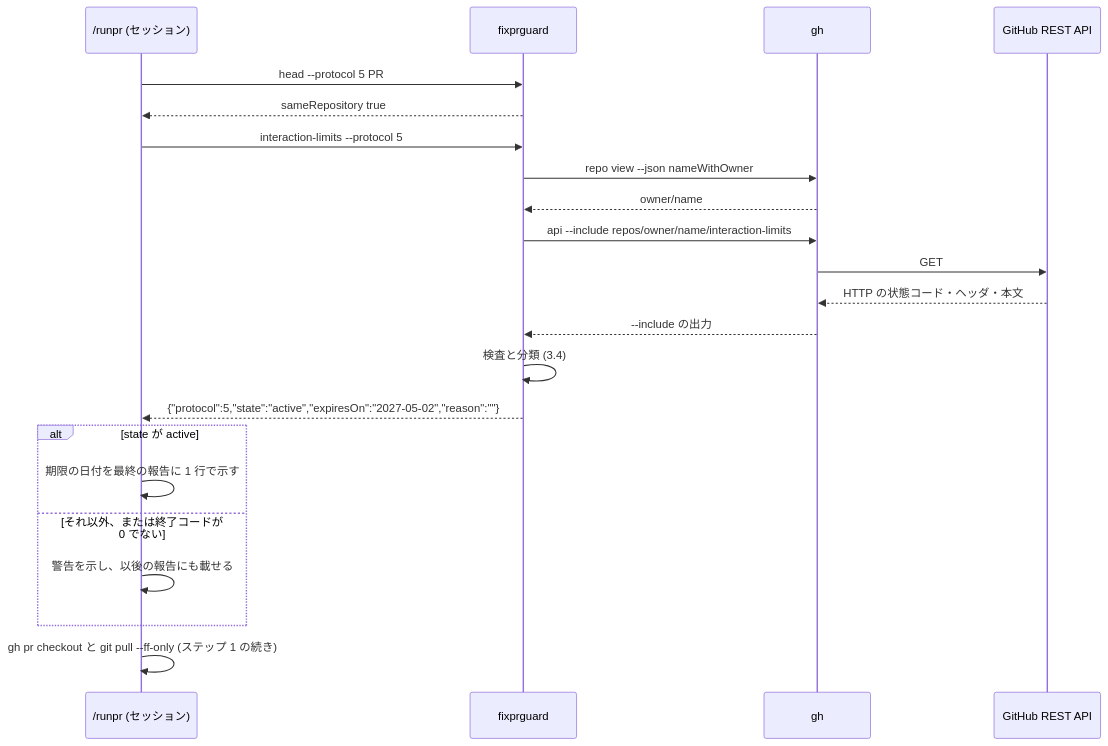
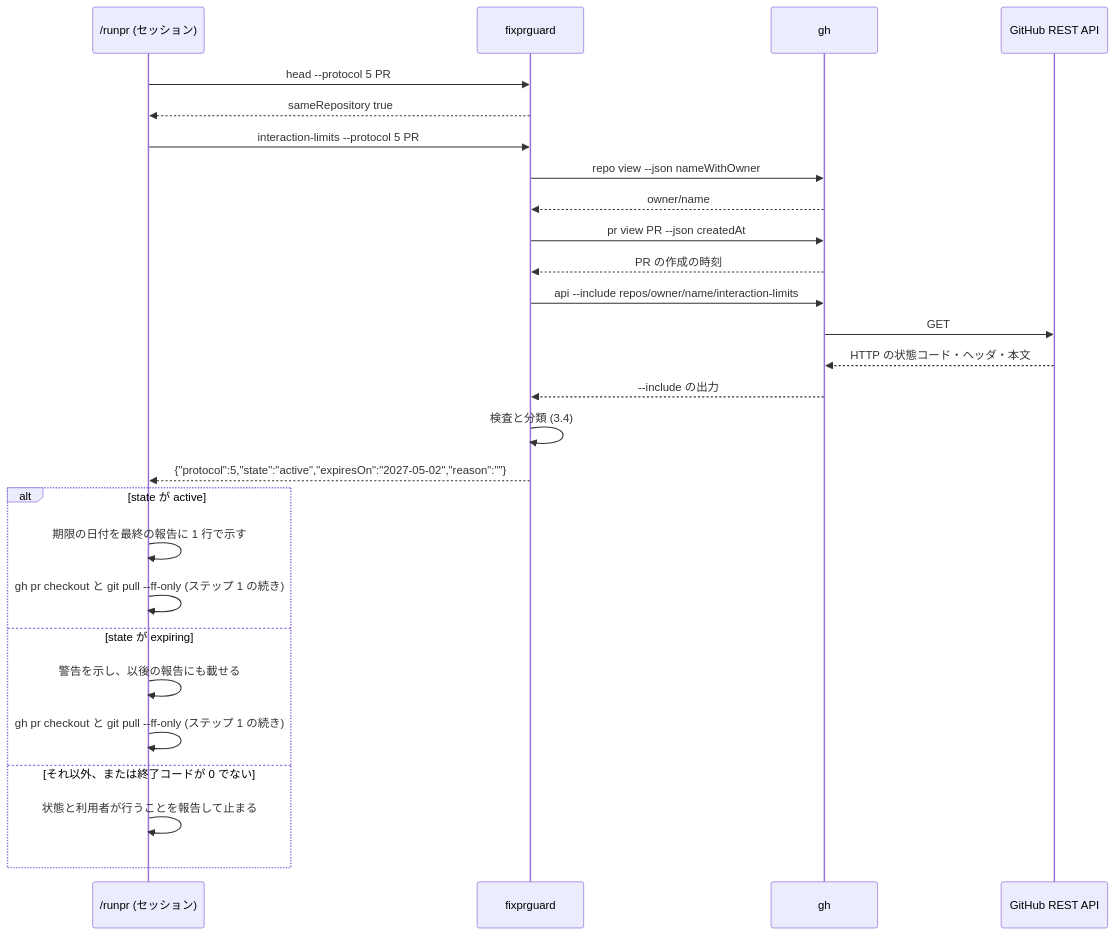
Before and after one commit to isseis/yt2column: the third of 5 diagrams in docs/tasks/0057_reviewer_relay_guard/02_architecture.md, drawn with Mermaid. The commit also changed other lines of this file and 1 other file, not shown here.

First line of the commit message:
docs(0057): stop /runpr when the interaction limit lapsed or the PR predates it

````diff
--- a/docs/tasks/0057_reviewer_relay_guard/02_architecture.md
+++ b/docs/tasks/0057_reviewer_relay_guard/02_architecture.md
@@ -241,25 +245,30 @@
 ```mermaid
 sequenceDiagram
     participant R as /runpr (セッション)
     participant F as fixprguard
     participant G as gh
     participant A as GitHub REST API
 
     R->>F: head --protocol 5 PR
     F-->>R: sameRepository true
-    R->>F: interaction-limits --protocol 5
+    R->>F: interaction-limits --protocol 5 PR
     F->>G: repo view --json nameWithOwner
     G-->>F: owner/name
+    F->>G: pr view PR --json createdAt
+    G-->>F: PR の作成の時刻
     F->>G: api --include repos/owner/name/interaction-limits
     G->>A: GET
     A-->>G: HTTP の状態コード・ヘッダ・本文
     G-->>F: --include の出力
     F->>F: 検査と分類 (3.4)
     F-->>R: {"protocol":5,"state":"active","expiresOn":"2027-05-02","reason":""}
     alt state が active
         R->>R: 期限の日付を最終の報告に 1 行で示す
+        R->>R: gh pr checkout と git pull --ff-only (ステップ 1 の続き)
+    else state が expiring
+        R->>R: 警告を示し、以後の報告にも載せる
+        R->>R: gh pr checkout と git pull --ff-only (ステップ 1 の続き)
     else それ以外、または終了コードが 0 でない
-        R->>R: 警告を示し、以後の報告にも載せる
+        R->>R: 状態と利用者が行うことを報告して止まる
     end
-    R->>R: gh pr checkout と git pull --ff-only (ステップ 1 の続き)
 ```
````
